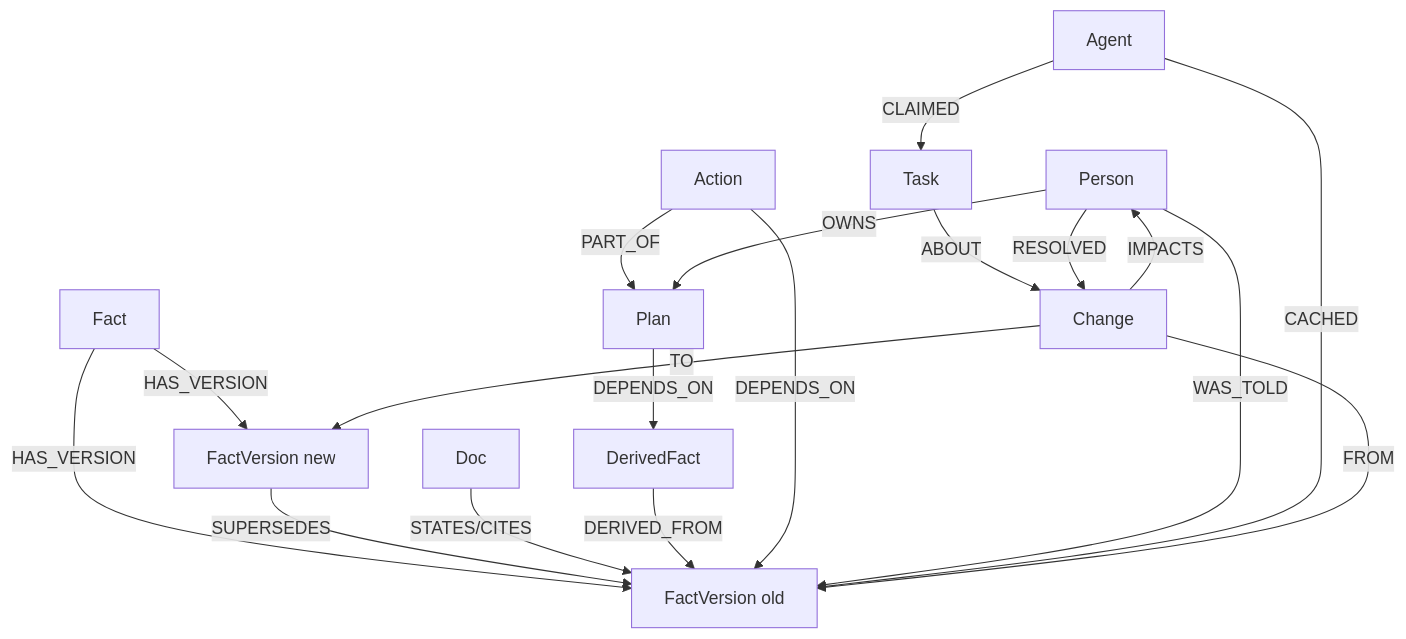
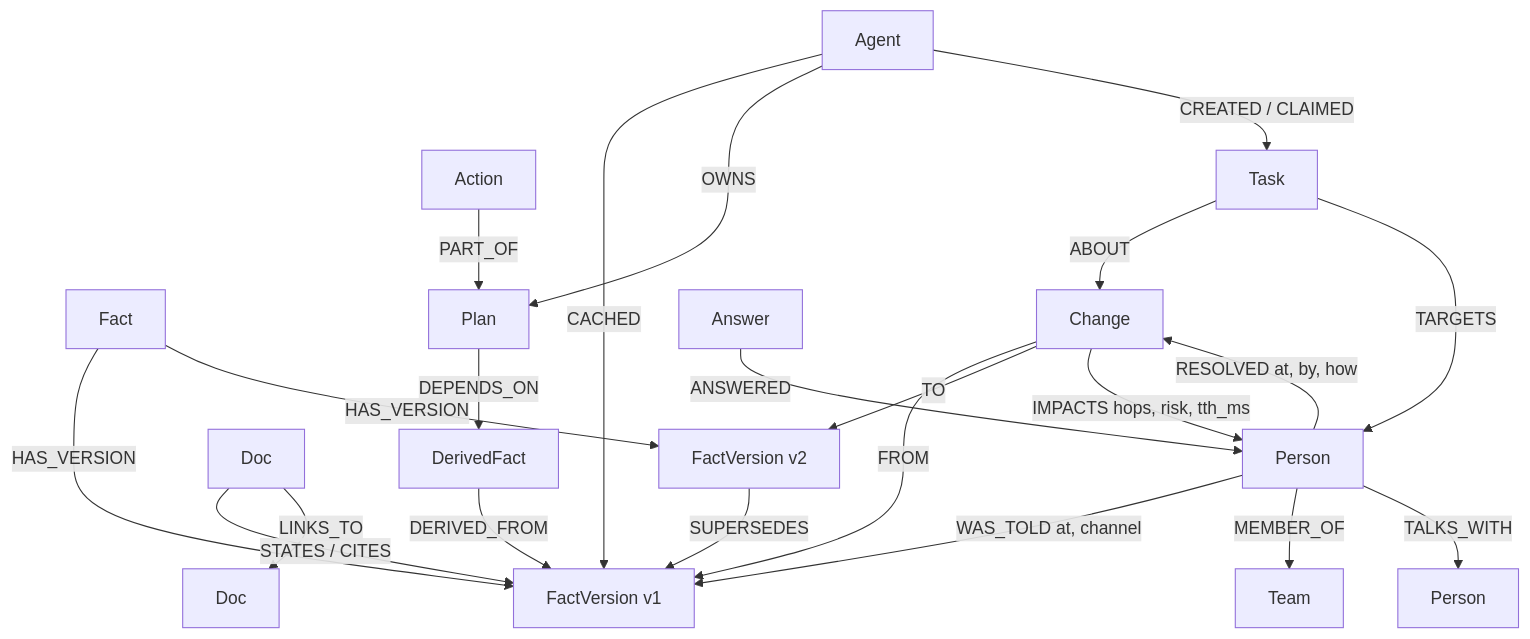
Before and after one commit to sahil1330/ripple: the second of 2 diagrams in README.md, drawn with Mermaid. The commit also changed other lines of this file, not shown here.

````diff
--- a/README.md
+++ b/README.md
@@ -66,20 +68,24 @@
 ```mermaid
 flowchart TB
-  F[Fact] -->|HAS_VERSION| V1[FactVersion old]
-  F -->|HAS_VERSION| V2[FactVersion new]
+  F[Fact] -->|HAS_VERSION| V1[FactVersion v1]
+  F -->|HAS_VERSION| V2[FactVersion v2]
   V2 -->|SUPERSEDES| V1
-  D[Doc] -->|STATES/CITES| V1
+  C[Change] -->|FROM| V1
+  C -->|TO| V2
+  D[Doc] -->|STATES / CITES| V1
+  D -->|LINKS_TO| D2[Doc]
   DF[DerivedFact] -->|DERIVED_FROM| V1
   PL[Plan] -->|DEPENDS_ON| DF
   AC[Action] -->|PART_OF| PL
-  AC -->|DEPENDS_ON| V1
-  P[Person] -->|WAS_TOLD| V1
+  P[Person] -->|WAS_TOLD at, channel| V1
+  AN[Answer] -->|ANSWERED| P
   AG[Agent] -->|CACHED| V1
-  P -->|OWNS| PL
-  C[Change] -->|FROM| V1
-  C -->|TO| V2
-  C -->|IMPACTS| P
+  AG -->|OWNS| PL
+  P -->|MEMBER_OF| TM[Team]
+  P -->|TALKS_WITH| P2[Person]
+  C -->|IMPACTS hops, risk, tth_ms| P
   T[Task] -->|ABOUT| C
-  AG -->|CLAIMED| T
-  P -->|RESOLVED| C
+  T -->|TARGETS| P
+  AG -->|CREATED / CLAIMED| T
+  P -->|RESOLVED at, by, how| C
 ```
````
